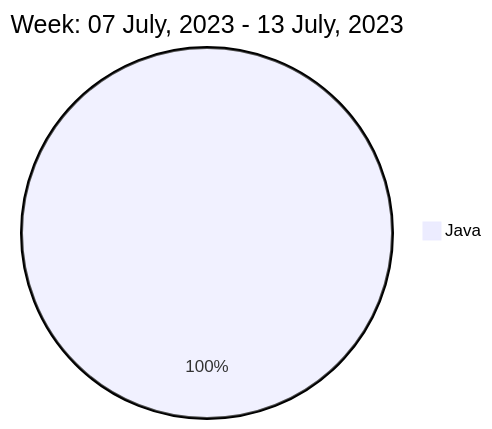
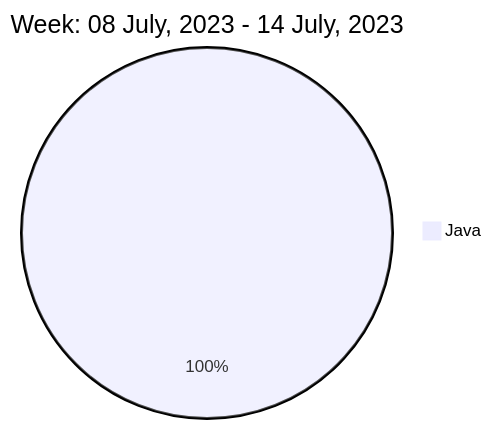
One commit to liubin95/liubin95 changed the diagram in README.md. Above: the diagram before and after it, drawn with Mermaid.

Commit message:
Updated the Graph with new Metrics

````diff
--- a/README.md
+++ b/README.md
@@ -40,5 +40,5 @@
 ```mermaid
  pie
-title Week: 07 July, 2023 - 13 July, 2023
- "Java" : 10.5
+title Week: 08 July, 2023 - 14 July, 2023
+ "Java" : 7.2
 ```
````
